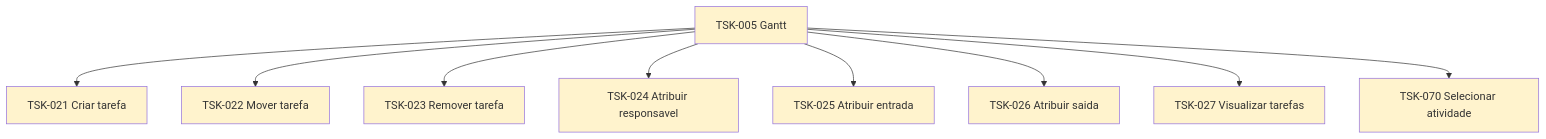
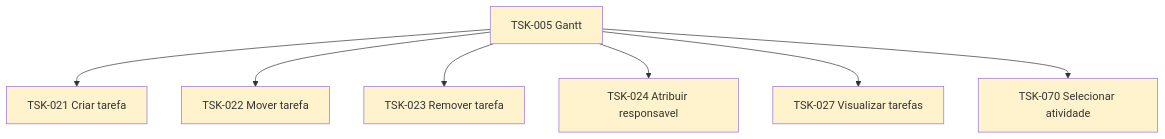
One commit to laerciogermano/workstation changed the diagram in flow/tasks/TSK-001-criar-epico/TSK-002-criar-as-historias/TSK-005-gantt/README.md. Above: the diagram before and after it, drawn with Mermaid. The commit also changed other lines of this file and 34 other files, not shown here.

First line of the commit message:
Remove obsolete tasks and update documentation for task management in Gantt

````diff
--- a/flow/tasks/TSK-001-criar-epico/TSK-002-criar-as-historias/TSK-005-gantt/README.md
+++ b/flow/tasks/TSK-001-criar-epico/TSK-002-criar-as-historias/TSK-005-gantt/README.md
@@ -12,29 +12,23 @@
 ```mermaid
 flowchart TD
   T005[TSK-005 Gantt]
   T021[TSK-021 Criar tarefa]
   T022[TSK-022 Mover tarefa]
   T023[TSK-023 Remover tarefa]
   T024[TSK-024 Atribuir responsavel]
-  T025[TSK-025 Atribuir entrada]
-  T026[TSK-026 Atribuir saida]
   T027[TSK-027 Visualizar tarefas]
   T070[TSK-070 Selecionar atividade]
   T005 --> T021
   T005 --> T022
   T005 --> T023
   T005 --> T024
-  T005 --> T025
-  T005 --> T026
   T005 --> T027
   T005 --> T070
   style T005 fill:#fff3cd
   style T021 fill:#fff3cd
   style T022 fill:#fff3cd
   style T023 fill:#fff3cd
   style T024 fill:#fff3cd
-  style T025 fill:#fff3cd
-  style T026 fill:#fff3cd
   style T027 fill:#fff3cd
   style T070 fill:#fff3cd
 ```
````
